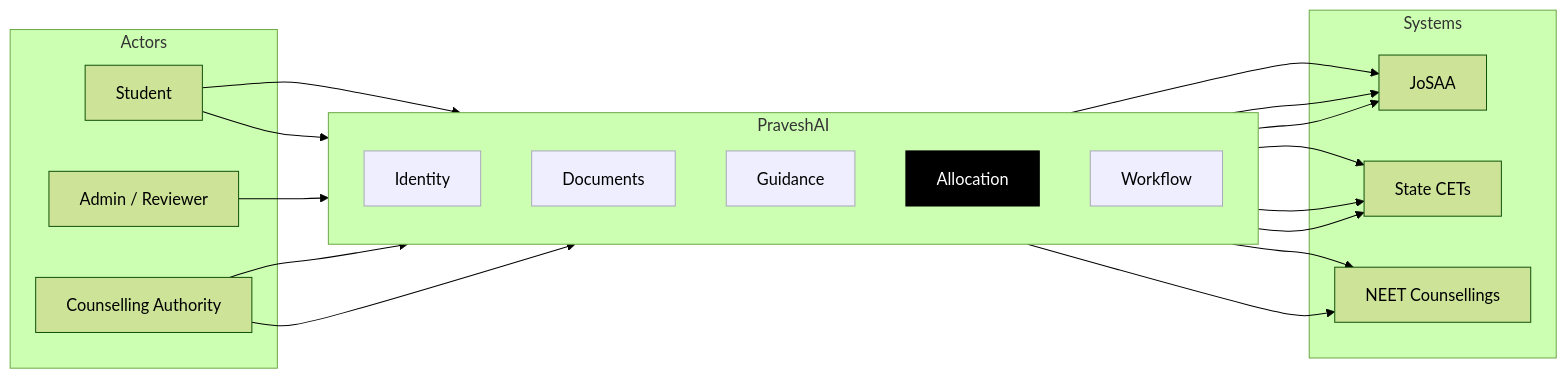
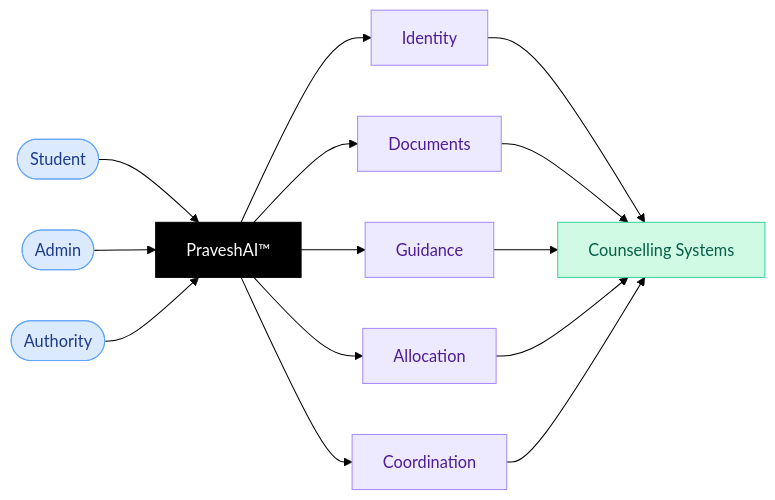
Before and after one commit to aashrutsharma2/docs: the diagram in praveshai/overview.mdx, drawn with Mermaid (forest theme). The commit also changed other lines of this file, not shown here.

Commit message:
Update PraveshAI overview and add architecture diagram
Mintlify-Source: dashboard-editor

````diff
--- a/praveshai/overview.mdx
+++ b/praveshai/overview.mdx
@@ -13,44 +15,23 @@
 ```mermaid
 graph LR
-    subgraph Actors
-        S[Student]
-        A[Admin / Reviewer]
-        CA[Counselling Authority]
-    end
+    S([Student]) --> PL[PraveshAI™]
+    A([Admin]) --> PL
+    CA([Authority]) --> PL
+    PL --> ID[Identity]
+    PL --> DOC[Documents]
+    PL --> G[Guidance]
+    PL --> AL[Allocation]
+    PL --> WF[Coordination]
+    ID & DOC & G & AL & WF --> CS[Counselling Systems]
 
-    subgraph PraveshAI
-        direction TB
-        ID[Identity]
-        DOC[Documents]
-        G[Guidance]
-        ALLOC[Allocation]
-        WF[Workflow]
-    end
-
-    subgraph Systems
-        C1[JoSAA]
-        C2[State CETs]
-        C3[NEET Counsellings]
-    end
-
-    S --> ID
-    S --> G
-    A --> DOC
-    CA --> ALLOC
-    CA --> WF
-
-    ID --> C1
-    ID --> C2
-    ID --> C3
-    DOC --> C1
-    DOC --> C2
-    ALLOC --> C1
-    ALLOC --> C2
-    ALLOC --> C3
-
-    style ID fill:#eef,stroke:#aab
-    style DOC fill:#eef,stroke:#aab
-    style G fill:#eef,stroke:#aab
-    style ALLOC fill:#000,color:#fff,stroke:#000
-    style WF fill:#eef,stroke:#aab
+    style PL fill:#000,color:#fff,stroke:#000
+    style S fill:#DBEAFE,stroke:#60A5FA,color:#1E3A8A
+    style A fill:#DBEAFE,stroke:#60A5FA,color:#1E3A8A
+    style CA fill:#DBEAFE,stroke:#60A5FA,color:#1E3A8A
+    style ID fill:#EDE9FE,stroke:#A78BFA,color:#4C1D95
+    style DOC fill:#EDE9FE,stroke:#A78BFA,color:#4C1D95
+    style G fill:#EDE9FE,stroke:#A78BFA,color:#4C1D95
+    style AL fill:#EDE9FE,stroke:#A78BFA,color:#4C1D95
+    style WF fill:#EDE9FE,stroke:#A78BFA,color:#4C1D95
+    style CS fill:#D1FAE5,stroke:#34D399,color:#065F46
 ```
````
